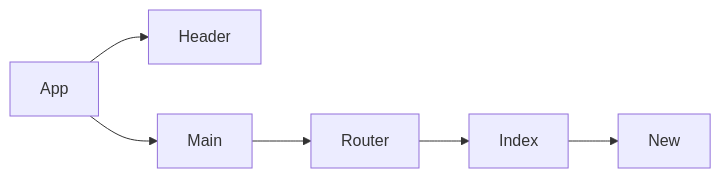
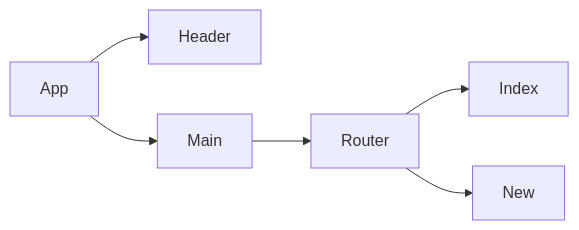
The diagram in README.md (NandoLofi/bookmarks-frontend), drawn with Mermaid before and after one commit. The commit also changed other lines of this file, not shown here.

````diff
--- a/README.md
+++ b/README.md
@@ -33,8 +33,8 @@
 ```mermaid
 flowchart LR
   App-->Header
   App-->Main
   Main-->Router
   Router-->Index
-  Index-->New
+  Router-->New
 ```
````
